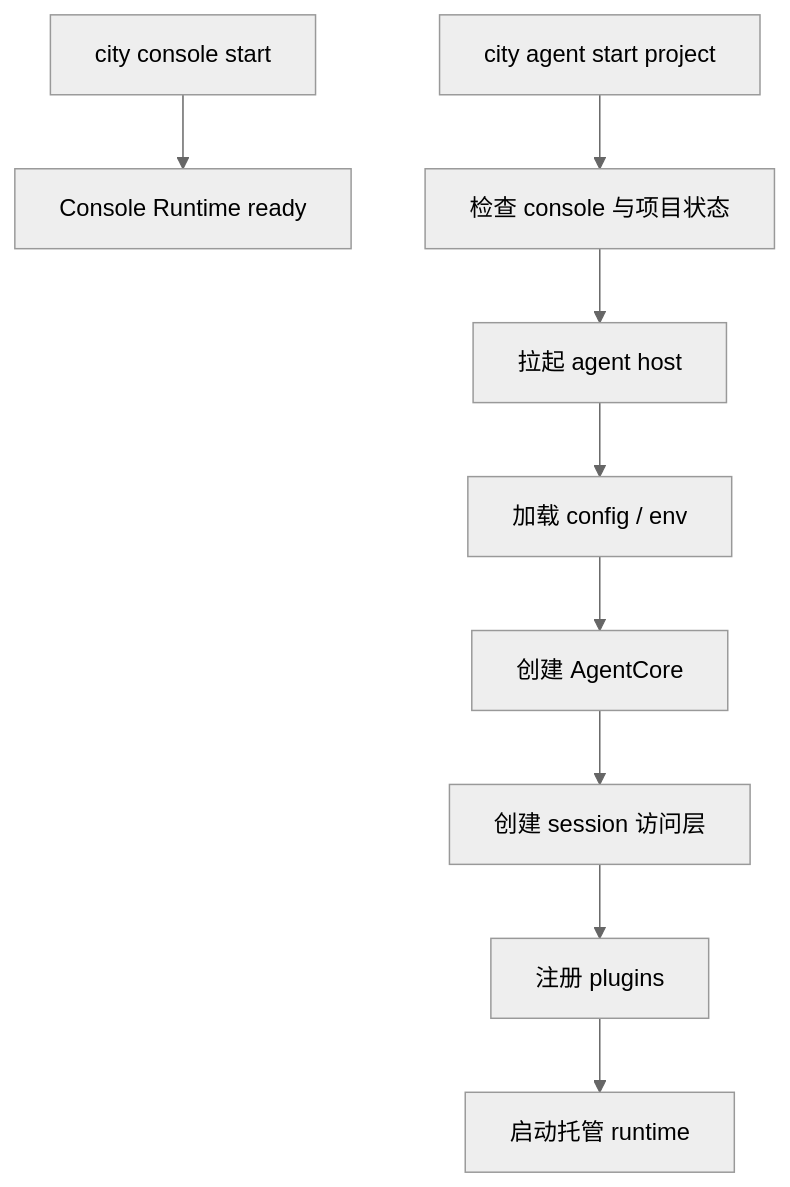
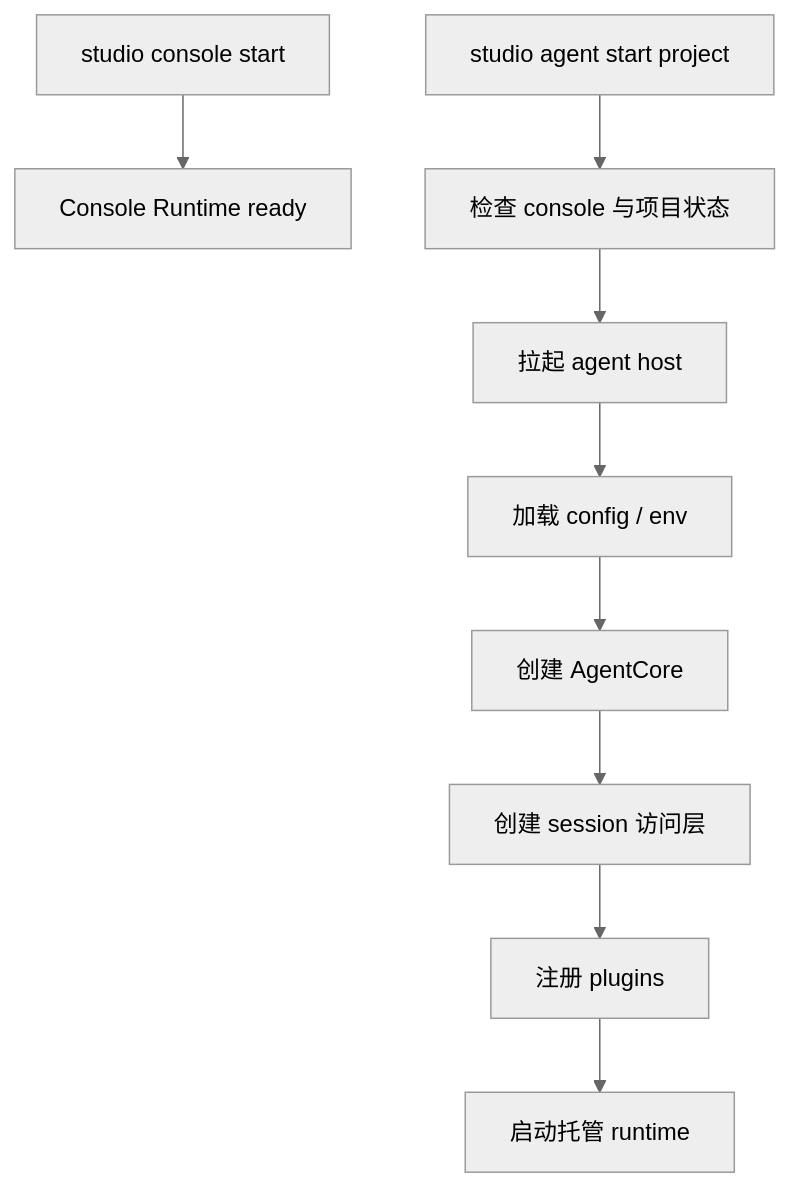
Before and after one commit to wangenius/downcity: the second of 2 diagrams in homepage/content/devdocs/zh/session/console-and-session-runtime.mdx, drawn with Mermaid (neutral theme). The commit also changed 1024 other files, not shown here.

Commit message:
refactor: align city gate studio naming

````diff
--- a/homepage/content/devdocs/zh/session/console-and-session-runtime.mdx
+++ b/homepage/content/devdocs/zh/session/console-and-session-runtime.mdx
@@ -108,11 +108,11 @@
 ```mermaid
 flowchart TD
-  A["city console start"] --> B["Console Runtime ready"]
-  C["city agent start project"] --> D["检查 console 与项目状态"]
+  A["studio console start"] --> B["Console Runtime ready"]
+  C["studio agent start project"] --> D["检查 console 与项目状态"]
   D --> E["拉起 agent host"]
   E --> F["加载 config / env"]
   F --> G["创建 AgentCore"]
   G --> H["创建 session 访问层"]
   H --> I["注册 plugins"]
   I --> J["启动托管 runtime"]
 ```
````
